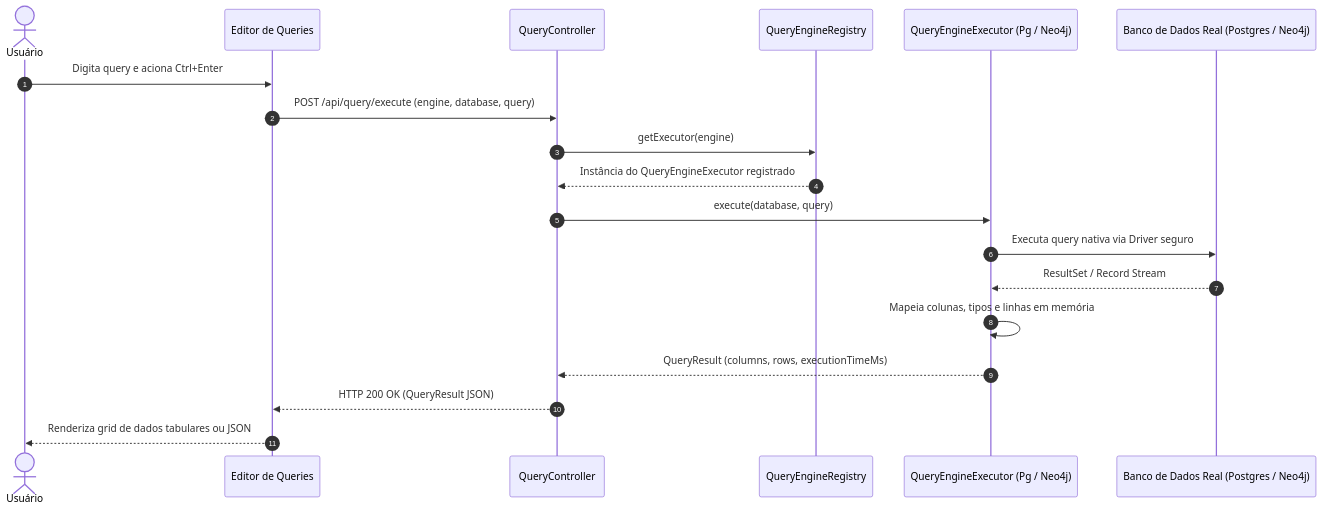
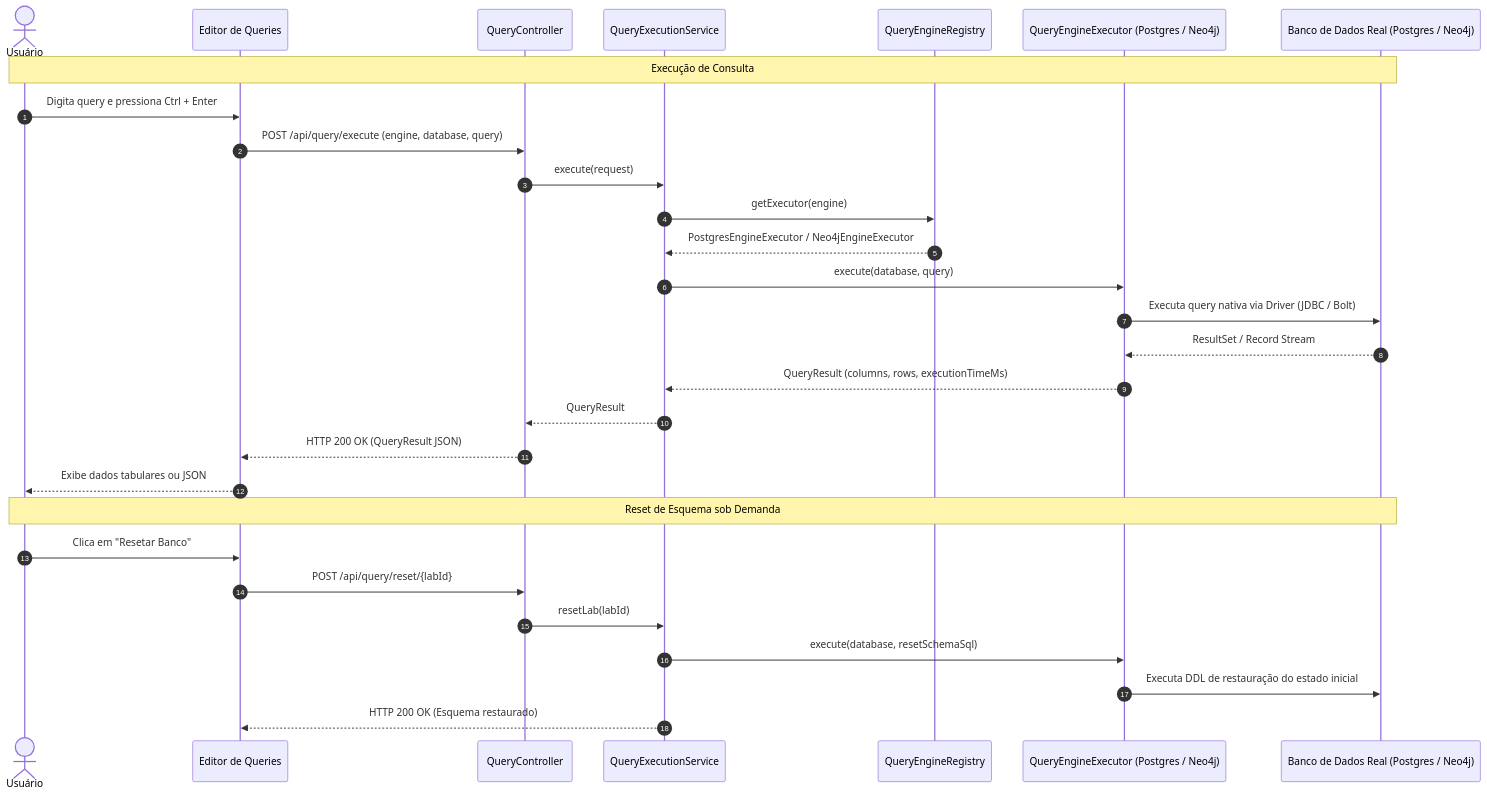
Before and after one commit to gabrielSdejesus/tech-book-lab: the fourth of 5 diagrams in docs/ARCHITECTURE.md, drawn with Mermaid. The commit also changed other lines of this file and 1 other file, not shown here.

Commit message:
docs: atualizar readme e architecture alinhando banco catalogo flyway v1-v8 e fluxos de ia

````diff
--- a/docs/ARCHITECTURE.md
+++ b/docs/ARCHITECTURE.md
@@ -258,22 +319,33 @@
 ```mermaid
 sequenceDiagram
     autonumber
     actor Dev as Usuário
     participant UI as Editor de Queries
     participant QC as QueryController
+    participant QS as QueryExecutionService
     participant Registry as QueryEngineRegistry
-    participant Engine as QueryEngineExecutor (Pg / Neo4j)
+    participant Engine as QueryEngineExecutor (Postgres / Neo4j)
     participant DB as Banco de Dados Real (Postgres / Neo4j)
 
-    Dev->>UI: Digita query e aciona Ctrl+Enter
+    Note over Dev,DB: Execução de Consulta
+    Dev->>UI: Digita query e pressiona Ctrl + Enter
     UI->>QC: POST /api/query/execute (engine, database, query)
-    QC->>Registry: getExecutor(engine)
-    Registry-->>QC: Instância do QueryEngineExecutor registrado
-    QC->>Engine: execute(database, query)
-    Engine->>DB: Executa query nativa via Driver seguro
+    QC->>QS: execute(request)
+    QS->>Registry: getExecutor(engine)
+    Registry-->>QS: PostgresEngineExecutor / Neo4jEngineExecutor
+    QS->>Engine: execute(database, query)
+    Engine->>DB: Executa query nativa via Driver (JDBC / Bolt)
     DB-->>Engine: ResultSet / Record Stream
-    Engine->>Engine: Mapeia colunas, tipos e linhas em memória
-    Engine-->>QC: QueryResult (columns, rows, executionTimeMs)
+    Engine-->>QS: QueryResult (columns, rows, executionTimeMs)
+    QS-->>QC: QueryResult
     QC-->>UI: HTTP 200 OK (QueryResult JSON)
-    UI-->>Dev: Renderiza grid de dados tabulares ou JSON
+    UI-->>Dev: Exibe dados tabulares ou JSON
+
+    Note over Dev,DB: Reset de Esquema sob Demanda
+    Dev->>UI: Clica em "Resetar Banco"
+    UI->>QC: POST /api/query/reset/{labId}
+    QC->>QS: resetLab(labId)
+    QS->>Engine: execute(database, resetSchemaSql)
+    Engine->>DB: Executa DDL de restauração do estado inicial
+    QS-->>UI: HTTP 200 OK (Esquema restaurado)
 ```
````
